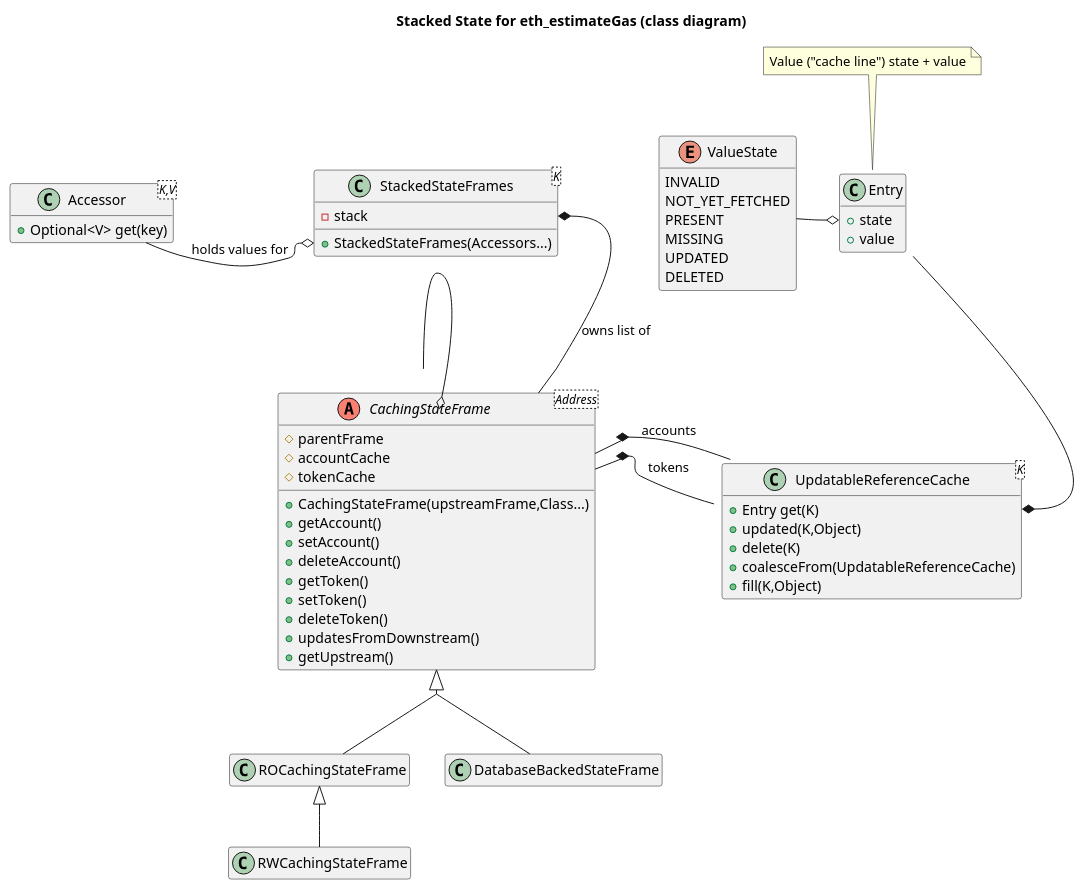
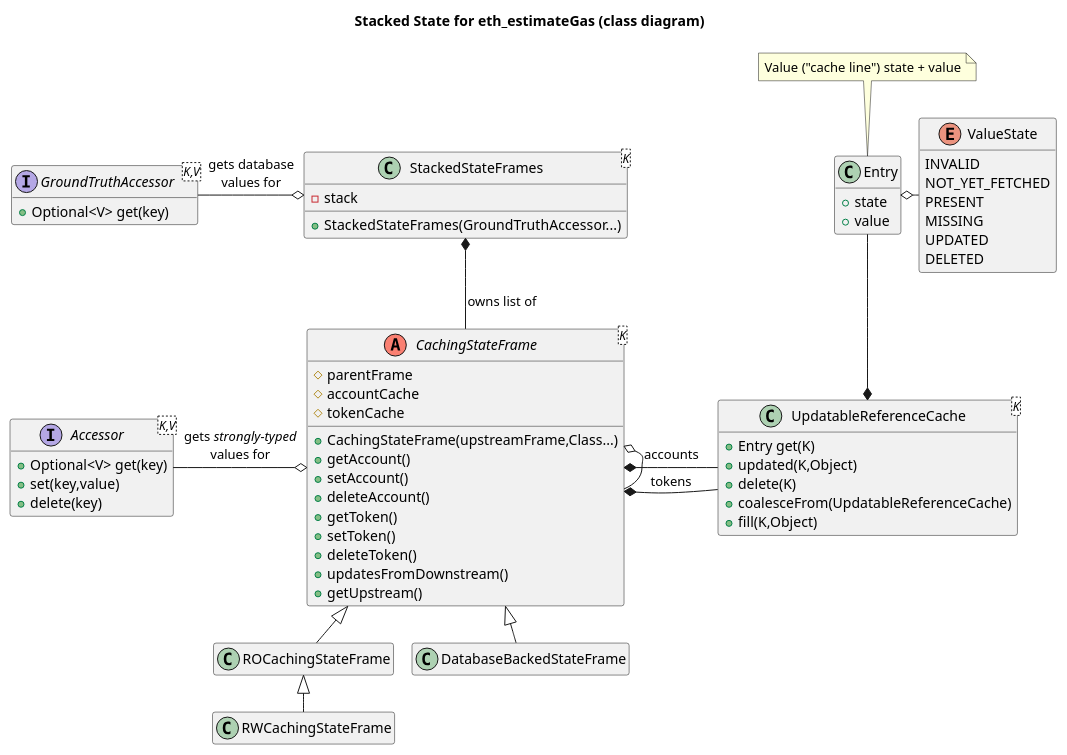
One commit to hashgraph/hedera-mirror-node changed the diagram in hedera-mirror-web3/src/main/java/com/hedera/mirror/web3/evm/store/hedera/docs/ClassDiagram-StackedStateFrames.puml. Above: the diagram before and after it, drawn with PlantUML. The commit also changed 7 other files, not shown here.

Commit message:
Update documentation and diagrams.

```diff
--- a/hedera-mirror-web3/src/main/java/com/hedera/mirror/web3/evm/store/hedera/docs/ClassDiagram-StackedStateFrames.puml
+++ b/hedera-mirror-web3/src/main/java/com/hedera/mirror/web3/evm/store/hedera/docs/ClassDiagram-StackedStateFrames.puml
@@ -1,65 +1,73 @@
 @startuml
+!pragma layout smetana
 title Stacked State for eth_estimateGas (class diagram)
 hide empty members
 
 enum ValueState {
   INVALID
   NOT_YET_FETCHED
   PRESENT
   MISSING
   UPDATED
   DELETED
 }
 
 class Entry {
    +state
    +value
 }
 note top of Entry: Value ("cache line") state + value
 
 class UpdatableReferenceCache<K> {
   +Entry get(K)
   +updated(K,Object)
   +delete(K)
   +coalesceFrom(UpdatableReferenceCache)
   +fill(K,Object)
 }
 
-abstract CachingStateFrame<Address> <<(A,salmon)>> {
+abstract CachingStateFrame<K> <<(A,salmon)>> {
   #parentFrame
   #accountCache
   #tokenCache
   +CachingStateFrame(upstreamFrame,Class...)
   +getAccount()
   +setAccount()
   +deleteAccount()
   +getToken()
   +setToken()
   +deleteToken()
   +updatesFromDownstream()
   +getUpstream()
 }
 
-class Accessor<K,V> {
+interface Accessor<K,V> {
+  +Optional<V> get(key)
+  +set(key,value)
+  +delete(key)
+}
+
+interface GroundTruthAccessor<K,V> {
   +Optional<V> get(key)
 }
 
 class StackedStateFrames<K> {
   -stack
-  +StackedStateFrames(Accessors...)
+  +StackedStateFrames(GroundTruthAccessor...)
 }
 
-Entry::state o-left- ValueState
+Entry::state o-right- ValueState
 UpdatableReferenceCache::get *-up- Entry
 
 StackedStateFrames::stack *-- CachingStateFrame : owns list of
 CachingStateFrame::parentFrame o- CachingStateFrame
 CachingStateFrame::accountCache *- UpdatableReferenceCache : accounts
 CachingStateFrame::tokenCache *- UpdatableReferenceCache : tokens
 ROCachingStateFrame <|-- RWCachingStateFrame
 CachingStateFrame <|-- ROCachingStateFrame
 CachingStateFrame <|-- DatabaseBackedStateFrame
-StackedStateFrames::StackedStateFrames o-left- Accessor : holds values for
+CachingStateFrame o-left- Accessor : gets //strongly-typed//\nvalues for
+StackedStateFrames::StackedStateFrames o-left- GroundTruthAccessor : gets database\nvalues for
 
 skinparam groupInheritance 2
 @enduml
```
